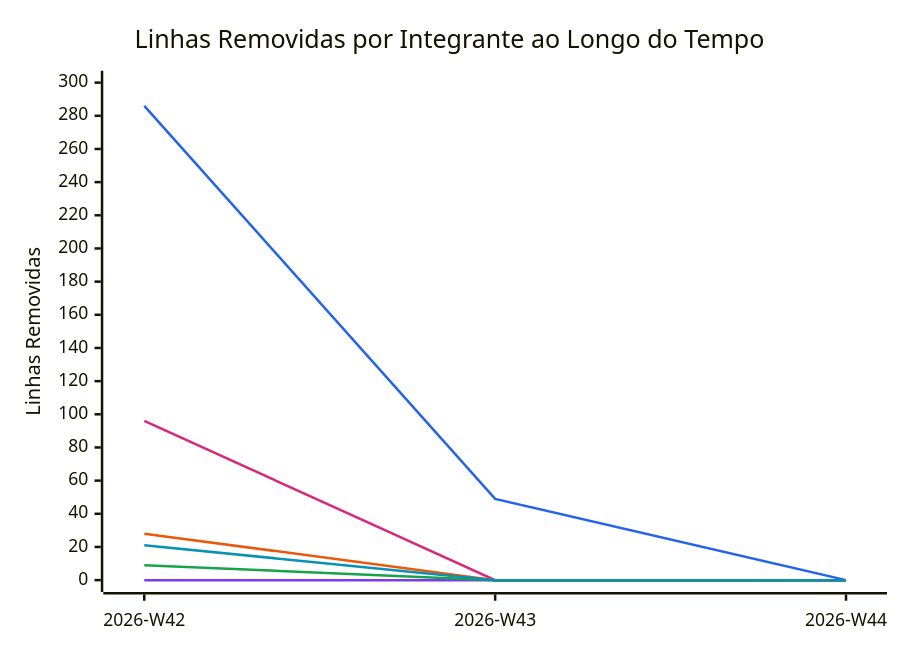
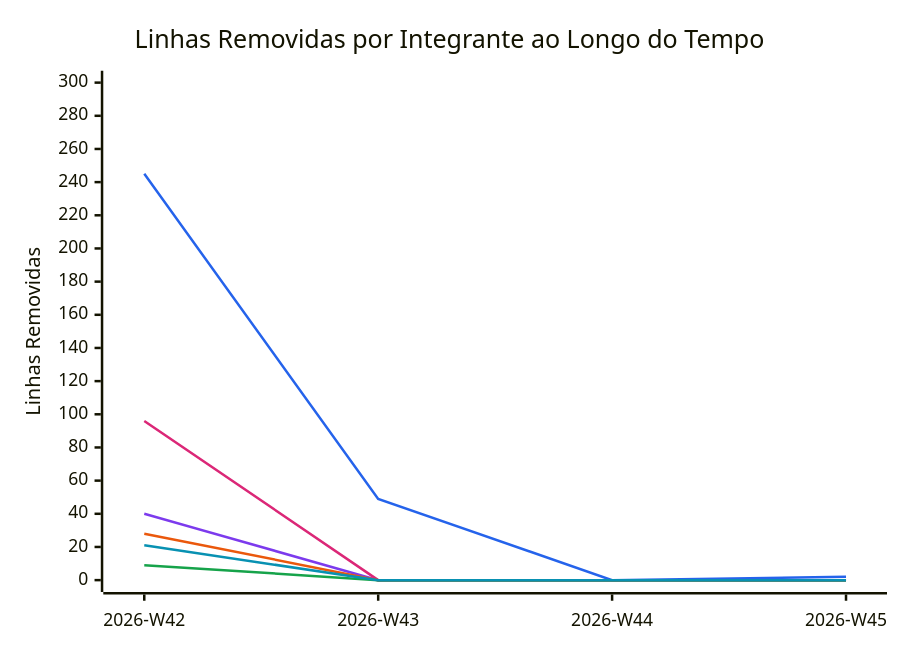
One commit to FCTE-Qualidade-de-Software-1/2026-2_T02_KAY_MCNULTY changed the diagram in snippets/code-deletions.mmd. Above: the diagram before and after it, drawn with Mermaid. The commit also changed 14 other files, not shown here.

```diff
--- a/snippets/code-deletions.mmd
+++ b/snippets/code-deletions.mmd
@@ -1,11 +1,11 @@
 %%{init: {"themeVariables": {"xyChart": {"plotColorPalette": "#2563eb, #7c3aed, #db2777, #ea580c, #16a34a, #0891b2"}}}}%%
 xychart-beta
     title "Linhas Removidas por Integrante ao Longo do Tempo"
-    x-axis ["2026-W42", "2026-W43", "2026-W44"]
+    x-axis ["2026-W42", "2026-W43", "2026-W44", "2026-W45"]
     y-axis "Linhas Removidas" 0 --> 300
-    line [286, 49, 0]
-    line [0, 0, 0]
-    line [96, 0, 0]
-    line [28, 0, 0]
-    line [9, 0, 0]
-    line [21, 0, 0]
+    line [245, 49, 0, 2]
+    line [40, 0, 0, 0]
+    line [96, 0, 0, 0]
+    line [28, 0, 0, 0]
+    line [9, 0, 0, 0]
+    line [21, 0, 0, 0]
```
